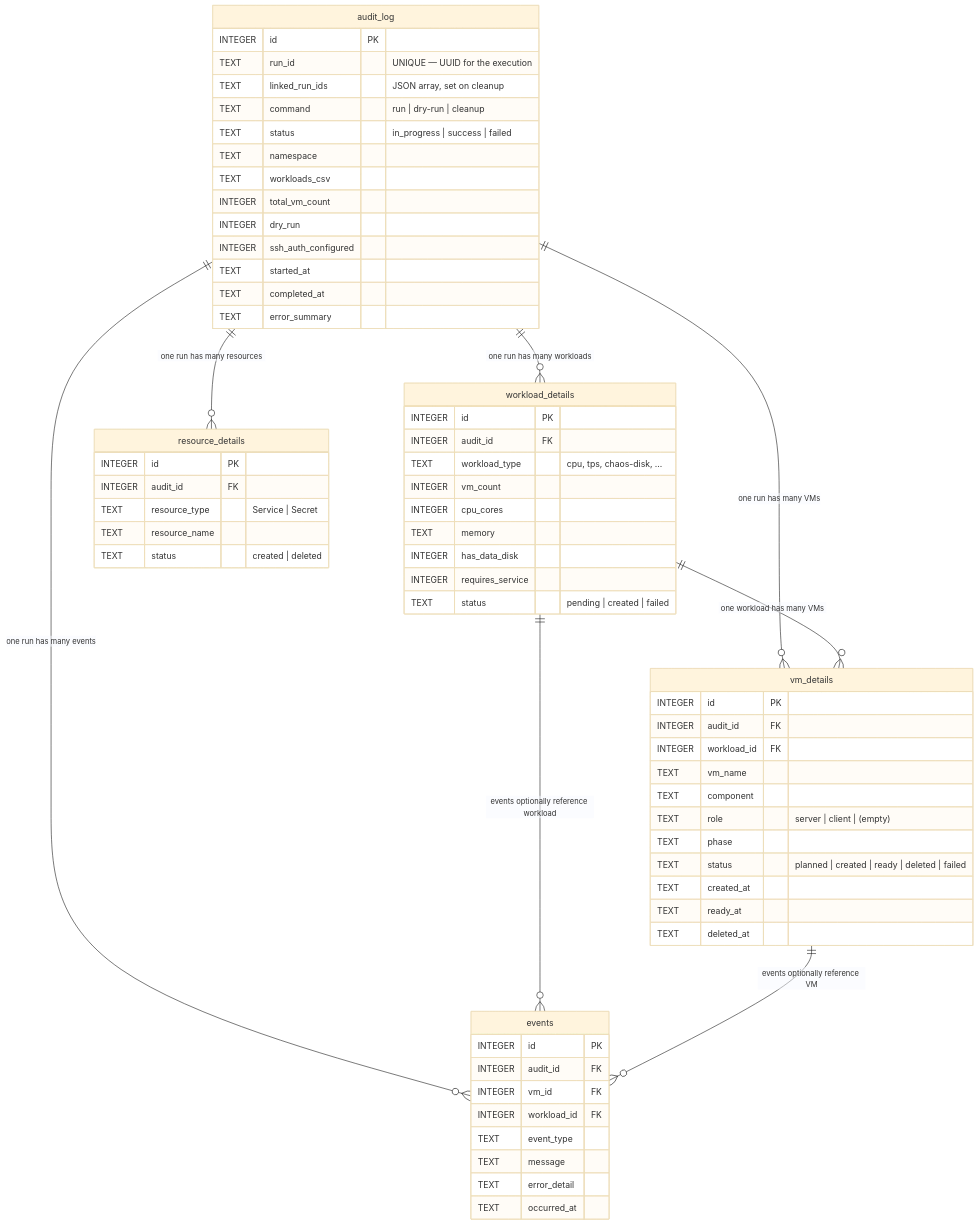
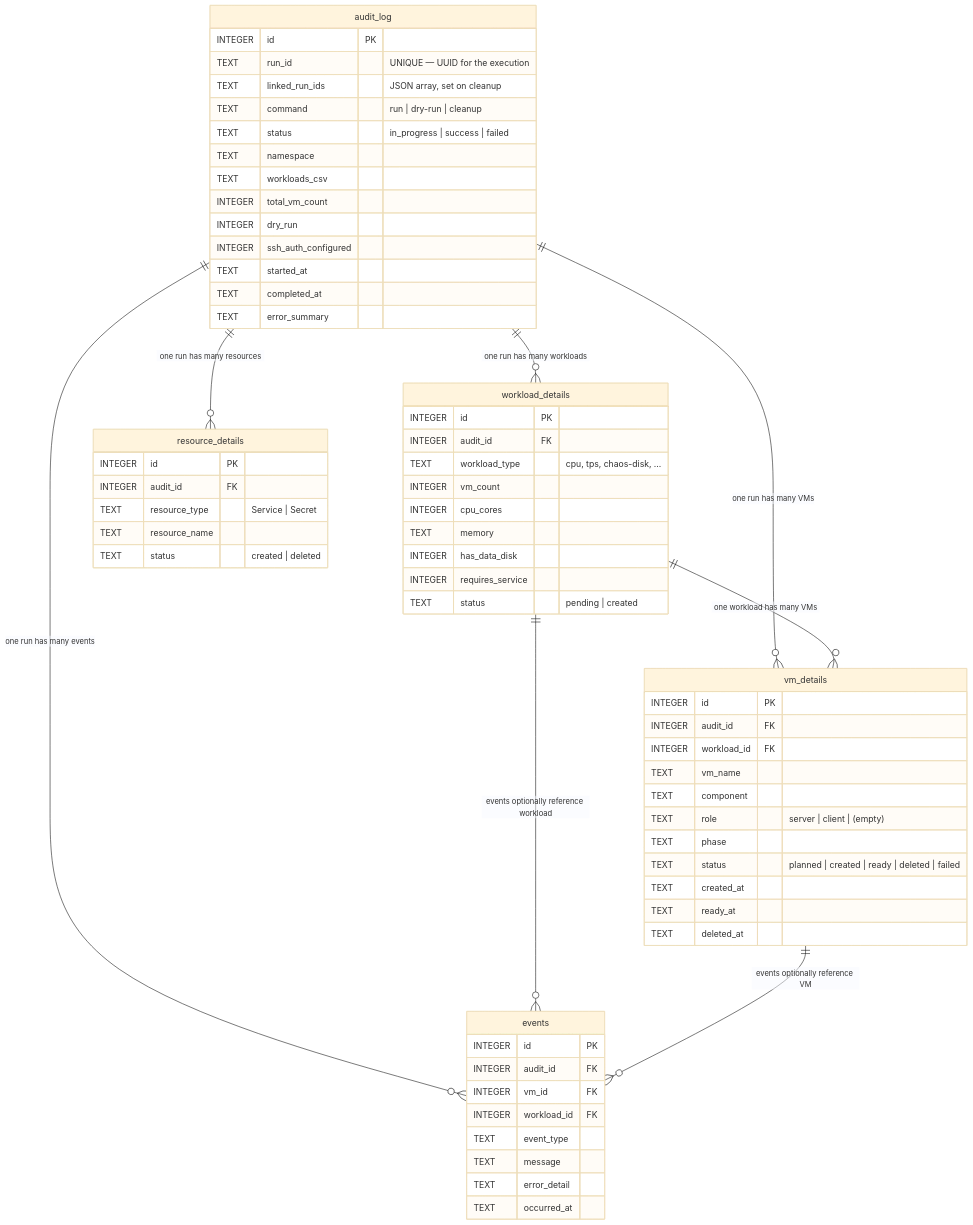
One commit to opdev/virtwork changed the first of 2 diagrams in docs/audit-schema.md. Above: the diagram before and after it, drawn with Mermaid (base theme). The commit also changed other lines of this file and 9 other files, not shown here.

````diff
--- a/docs/audit-schema.md
+++ b/docs/audit-schema.md
@@ -16,71 +16,71 @@
 ```mermaid
 erDiagram
     audit_log ||--o{ workload_details : "one run has many workloads"
     audit_log ||--o{ vm_details       : "one run has many VMs"
     audit_log ||--o{ resource_details : "one run has many resources"
     audit_log ||--o{ events           : "one run has many events"
     workload_details ||--o{ vm_details : "one workload has many VMs"
     workload_details ||--o{ events     : "events optionally reference workload"
     vm_details       ||--o{ events     : "events optionally reference VM"
 
     audit_log {
         INTEGER id PK
         TEXT    run_id "UNIQUE — UUID for the execution"
         TEXT    linked_run_ids "JSON array, set on cleanup"
         TEXT    command "run | dry-run | cleanup"
         TEXT    status "in_progress | success | failed"
         TEXT    namespace
         TEXT    workloads_csv
         INTEGER total_vm_count
         INTEGER dry_run
         INTEGER ssh_auth_configured
         TEXT    started_at
         TEXT    completed_at
         TEXT    error_summary
     }
 
     workload_details {
         INTEGER id PK
         INTEGER audit_id FK
         TEXT    workload_type "cpu, tps, chaos-disk, ..."
         INTEGER vm_count
         INTEGER cpu_cores
         TEXT    memory
         INTEGER has_data_disk
         INTEGER requires_service
-        TEXT    status "pending | created | failed"
+        TEXT    status "pending | created"
     }
 
     vm_details {
         INTEGER id PK
         INTEGER audit_id FK
         INTEGER workload_id FK
         TEXT    vm_name
         TEXT    component
         TEXT    role "server | client | (empty)"
         TEXT    phase
         TEXT    status "planned | created | ready | deleted | failed"
         TEXT    created_at
         TEXT    ready_at
         TEXT    deleted_at
     }
 
     resource_details {
         INTEGER id PK
         INTEGER audit_id FK
         TEXT    resource_type "Service | Secret"
         TEXT    resource_name
         TEXT    status "created | deleted"
     }
 
     events {
         INTEGER id PK
         INTEGER audit_id FK
         INTEGER vm_id FK
         INTEGER workload_id FK
         TEXT    event_type
         TEXT    message
         TEXT    error_detail
         TEXT    occurred_at
     }
 ```
````
